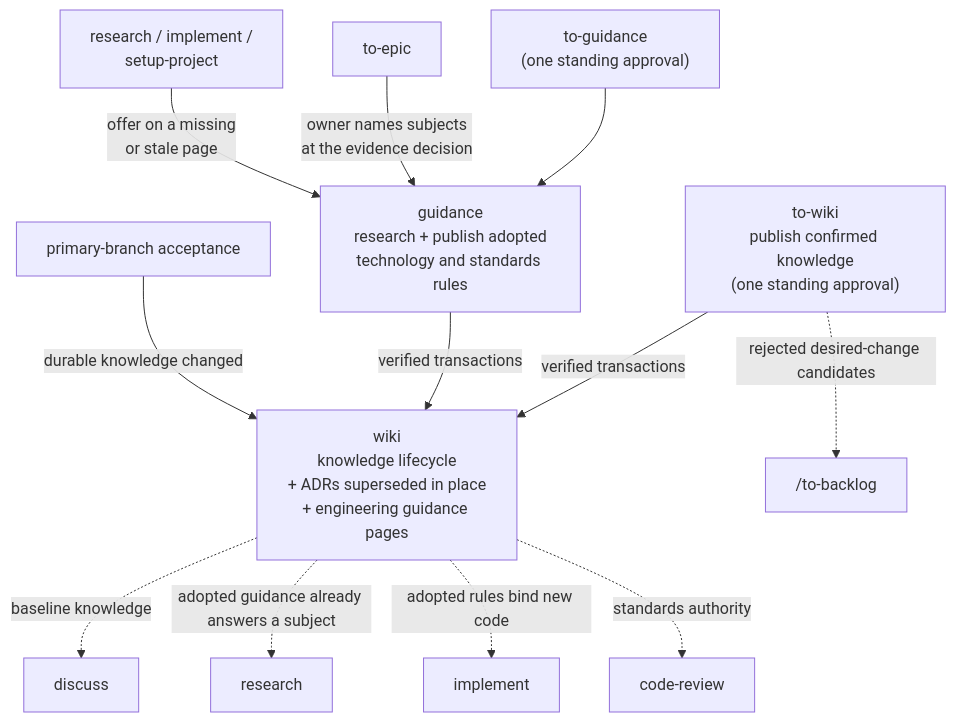
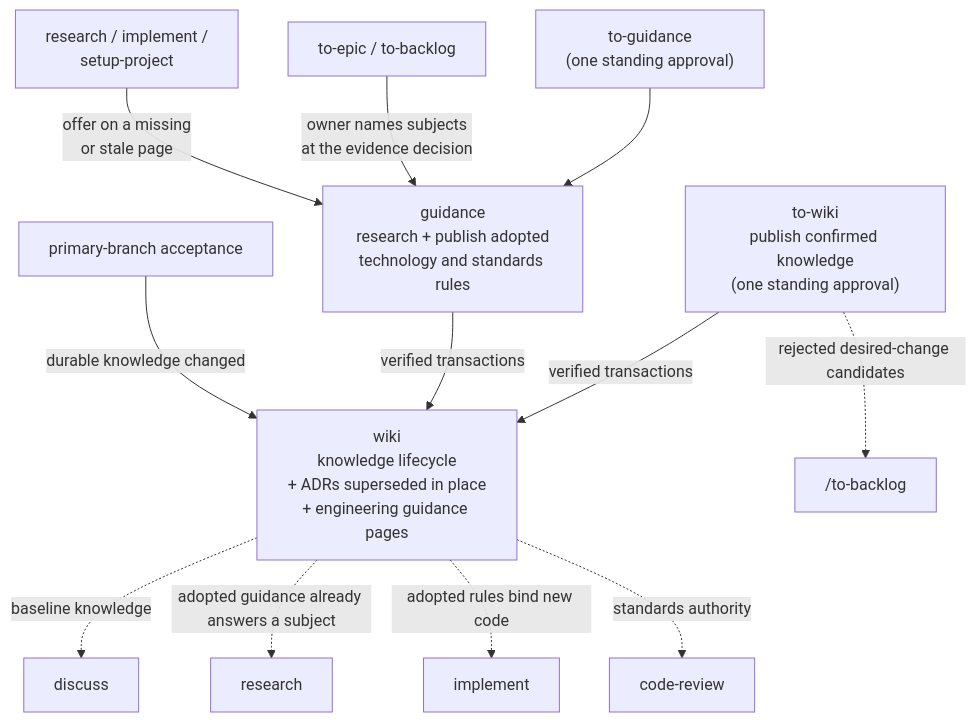
One commit to beeltec/skills changed the fourth of 5 diagrams in README.md. Above: the diagram before and after it, drawn with Mermaid. The commit also changed other lines of this file, not shown here.

First line of the commit message:
docs(readme): reflect the evidence-decision and verify-gate changes

````diff
--- a/README.md
+++ b/README.md
@@ -76,15 +79,15 @@
 ```mermaid
 flowchart TD
     TW["to-wiki<br/>publish confirmed knowledge<br/>(one standing approval)"] -->|verified transactions| WK
     TG["to-guidance<br/>(one standing approval)"] --> GD
-    TE["to-epic"] -->|owner names subjects<br/>at the evidence decision| GD
+    TE["to-epic / to-backlog"] -->|owner names subjects<br/>at the evidence decision| GD
     RT2["research / implement /<br/>setup-project"] -->|offer on a missing<br/>or stale page| GD
     GD["guidance<br/>research + publish adopted<br/>technology and standards rules"] -->|verified transactions| WK
     ACC["primary-branch acceptance"] -->|durable knowledge changed| WK
     WK["wiki<br/>knowledge lifecycle<br/>+ ADRs superseded in place<br/>+ engineering guidance pages"]
     TW -.->|rejected desired-change candidates| TB["/to-backlog"]
     WK -.->|baseline knowledge| D["discuss"]
     WK -.->|adopted guidance already answers a subject| RT["research"]
     WK -.->|adopted rules bind new code| IMP["implement"]
     WK -.->|standards authority| CR["code-review"]
 ```
````
